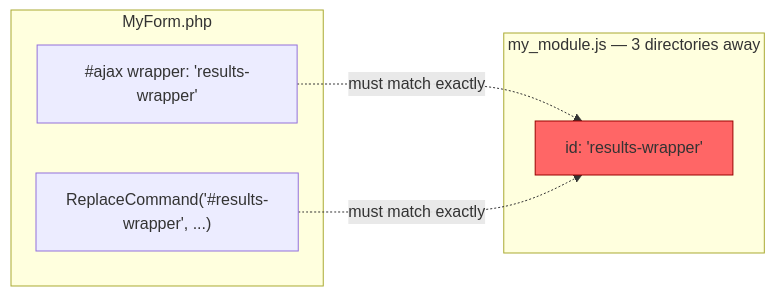
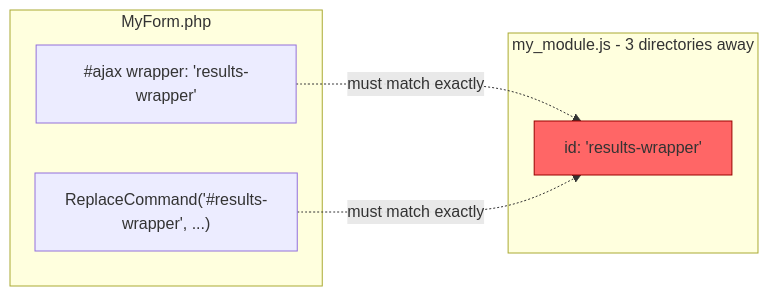
Before and after one commit to RChaubey16/drupalcon-rotterdam-session: the second of 2 diagrams in docs/3-ajax-api-pain-points.md, drawn with Mermaid. The commit also changed other lines of this file and 7 other files, not shown here.

````diff
--- a/docs/3-ajax-api-pain-points.md
+++ b/docs/3-ajax-api-pain-points.md
@@ -50,13 +50,13 @@
 ```mermaid
 flowchart LR
     subgraph PHP["MyForm.php"]
         A["#ajax wrapper: 'results-wrapper'"]
         B["ReplaceCommand('#results-wrapper', ...)"]
     end
-    subgraph JS["my_module.js — 3 directories away"]
+    subgraph JS["my_module.js - 3 directories away"]
         C["id: 'results-wrapper'"]
     end
     A -.must match exactly.-> C
     B -.must match exactly.-> C
     style C fill:#f66,stroke:#900
 ```
````
